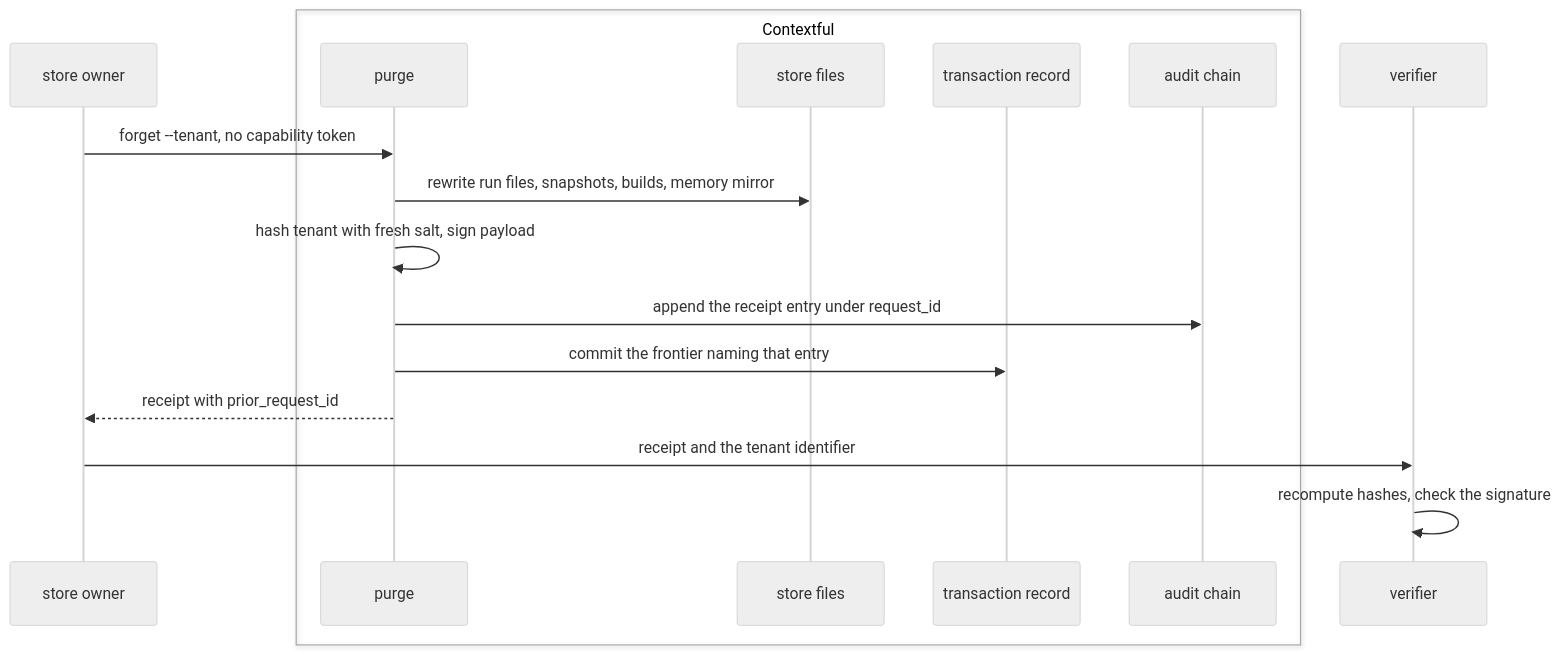
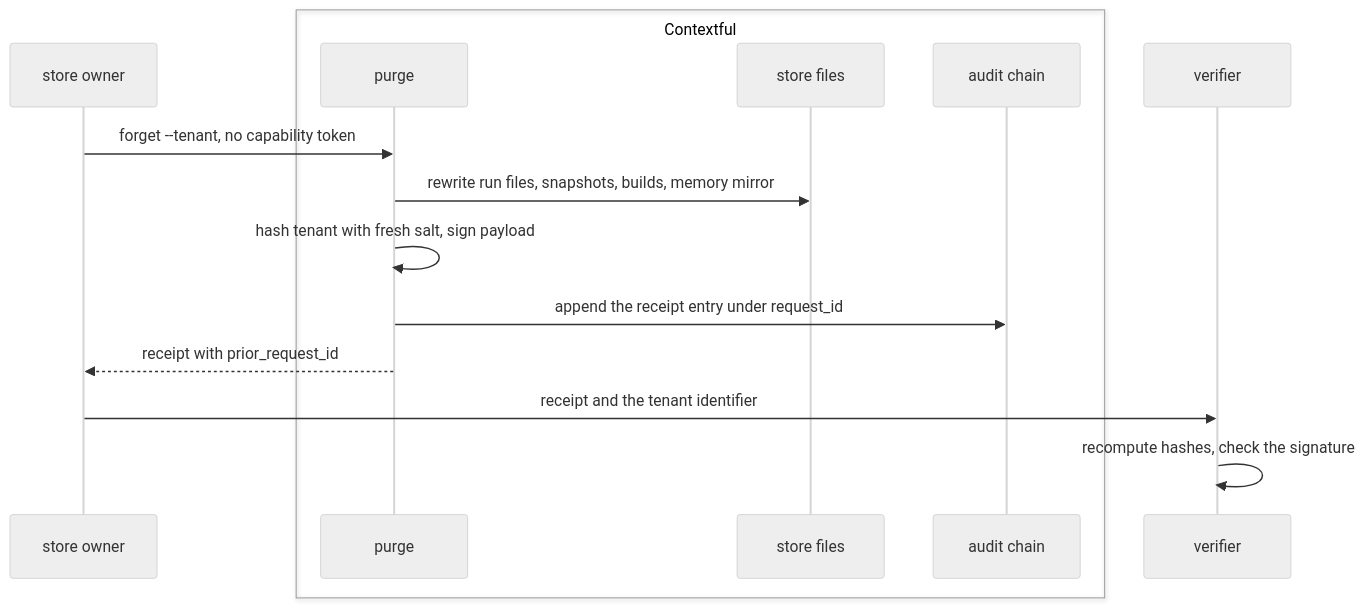
Before and after one commit to fractalboxdev/contextful: the fourth of 5 diagrams in spec/62-accountability.md, drawn with Mermaid (neutral theme). The commit also changed other lines of this file and 6 other files, not shown here.

````diff
--- a/spec/62-accountability.md
+++ b/spec/62-accountability.md
@@ -291,19 +291,17 @@
 ```mermaid
 sequenceDiagram
     participant O as store owner
     box Contextful
         participant P as purge
         participant S as store files
-        participant T as transaction record
         participant L as audit chain
     end
     participant V as verifier
     O->>P: forget --tenant, no capability token
     P->>S: rewrite run files, snapshots, builds, memory mirror
     P->>P: hash tenant with fresh salt, sign payload
     P->>L: append the receipt entry under request_id
-    P->>T: commit the frontier naming that entry
     P-->>O: receipt with prior_request_id
     O->>V: receipt and the tenant identifier
     V->>V: recompute hashes, check the signature
 ```
````
